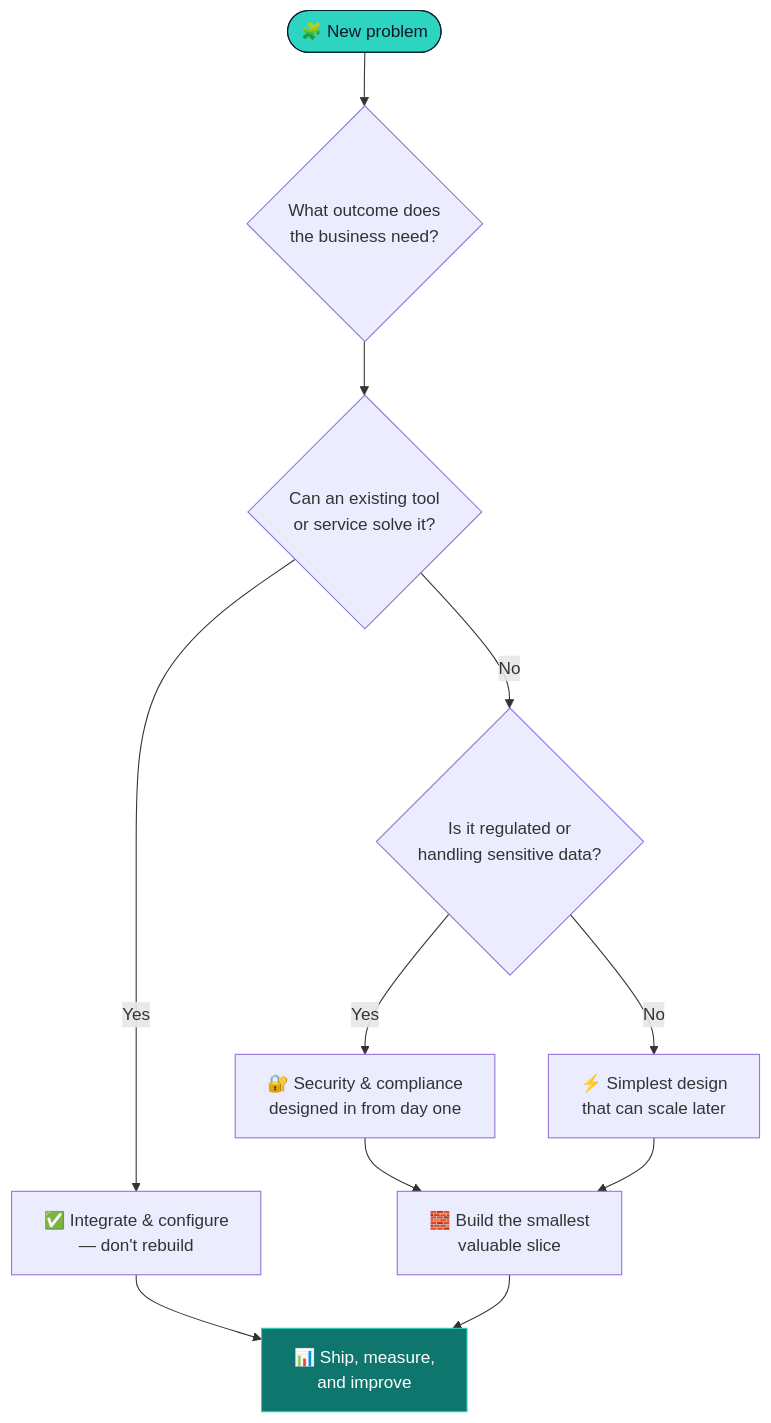
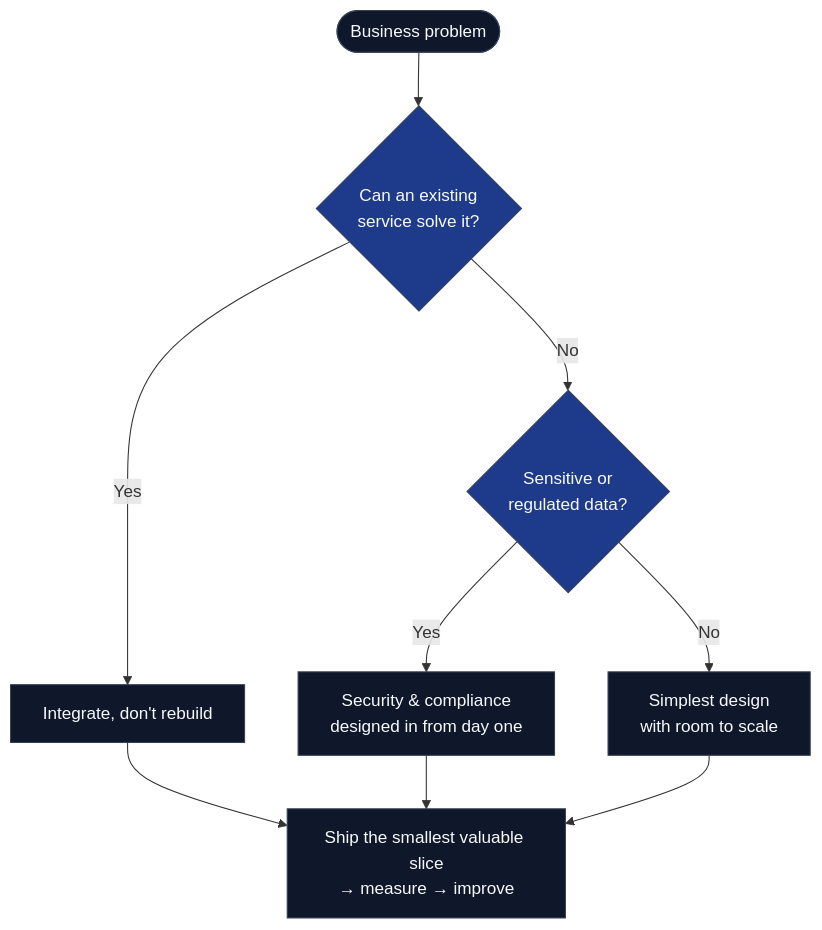
The second of 3 diagrams in README.md (stuff-builder/stuff-builder), drawn with Mermaid before and after one commit. The commit also changed other lines of this file, not shown here.

````diff
--- a/README.md
+++ b/README.md
@@ -175,16 +57,16 @@
 ```mermaid
 flowchart TD
-    P(["🧩 New problem"]) --> Q1{"What outcome does<br/>the business need?"}
-    Q1 --> Q2{"Can an existing tool<br/>or service solve it?"}
-    Q2 -->|Yes| R1["✅ Integrate & configure<br/>— don't rebuild"]
-    Q2 -->|No| Q3{"Is it regulated or<br/>handling sensitive data?"}
-    Q3 -->|Yes| R2["🔐 Security & compliance<br/>designed in from day one"]
-    Q3 -->|No| R3["⚡ Simplest design<br/>that can scale later"]
-    R2 --> S["🧱 Build the smallest<br/>valuable slice"]
-    R3 --> S
-    R1 --> M
-    S --> M["📊 Ship, measure,<br/>and improve"]
+    P([Business problem]) --> Q1{Can an existing<br/>service solve it?}
+    Q1 -- Yes --> R1[Integrate, don't rebuild]
+    Q1 -- No --> Q2{Sensitive or<br/>regulated data?}
+    Q2 -- Yes --> R2[Security & compliance<br/>designed in from day one]
+    Q2 -- No --> R3[Simplest design<br/>with room to scale]
+    R1 --> M[Ship the smallest valuable slice<br/>→ measure → improve]
+    R2 --> M
+    R3 --> M
 
-    style P fill:#2DD4BF,stroke:#0F172A,color:#0F172A
-    style M fill:#0F766E,stroke:#2DD4BF,color:#fff
+    classDef node fill:#0F172A,stroke:#334155,color:#F8FAFC
+    classDef decision fill:#1E3A8A,stroke:#334155,color:#F8FAFC
+    class P,R1,R2,R3,M node
+    class Q1,Q2 decision
 ```
````
